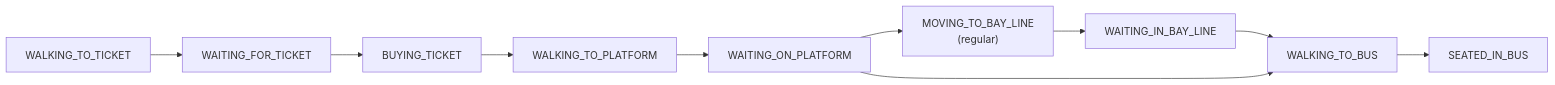
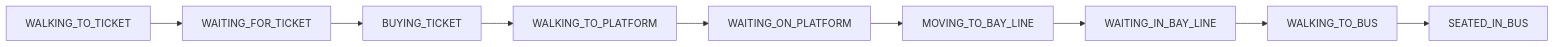
One commit to PixelAlien0/Terminal-Simulation changed the second of 3 diagrams in STUDY_GUIDE.md. Above: the diagram before and after it, drawn with Mermaid. The commit also changed other lines of this file and 1 other file, not shown here.

````diff
--- a/STUDY_GUIDE.md
+++ b/STUDY_GUIDE.md
@@ -215,12 +197,11 @@
 ```mermaid
 flowchart LR
     A["WALKING_TO_TICKET"] --> B["WAITING_FOR_TICKET"]
     B --> C["BUYING_TICKET"]
     C --> D["WALKING_TO_PLATFORM"]
     D --> E["WAITING_ON_PLATFORM"]
-    E --> F["MOVING_TO_BAY_LINE<br/>(regular)"]
+    E --> F["MOVING_TO_BAY_LINE"]
     F --> G["WAITING_IN_BAY_LINE"]
     G --> H["WALKING_TO_BUS"]
-    E --> H
     H --> I["SEATED_IN_BUS"]
 ```
````
